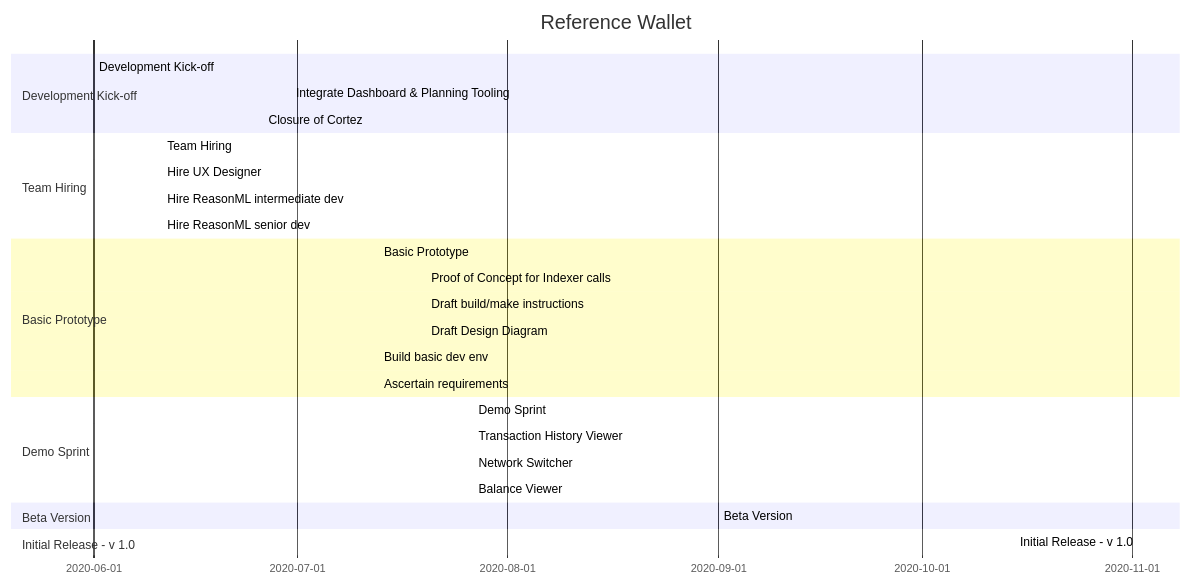
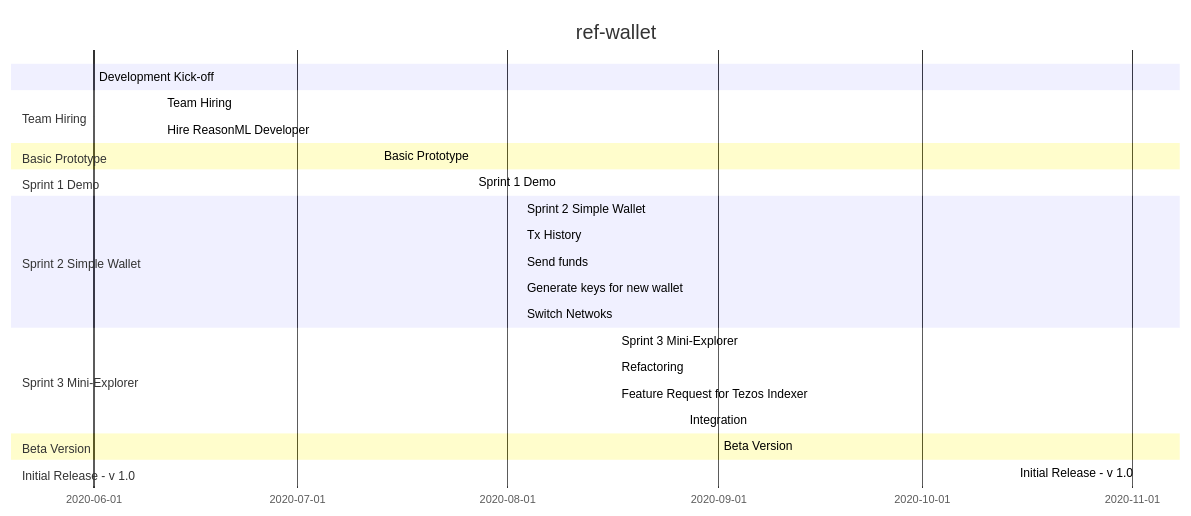
One commit to trilitech/umami-v1 changed the diagram in reports/gantt.md. Above: the diagram before and after it, drawn with Mermaid.

````diff
--- a/reports/gantt.md
+++ b/reports/gantt.md
@@ -1,29 +1,27 @@
 ```mermaid
 gantt
-    title Reference Wallet
-    section Development Kick-off
+    title ref-wallet
     Development Kick-off                    :done, 2020-06-01, 2020-07-13
-    Integrate Dashboard & Planning Tooling  :done, 2020-06-30, 2020-07-13
-    Closure of Cortez                       :done, 2020-06-26, 2020-07-13
     section Team Hiring
     Team Hiring                             :active, 2020-06-11, 2020-09-30
-    Hire UX Designer                        :active, 2020-06-11, 2020-09-30
-    Hire ReasonML intermediate dev          :active, 2020-06-11, 2020-09-30
-    Hire ReasonML senior dev                :done, 2020-06-11, 2020-07-20
+    Hire ReasonML Developer                 :active, 2020-06-11, 2020-08-31
     section Basic Prototype
-    Basic Prototype                         :active, 2020-07-13, 2020-08-31
-    Proof of Concept for Indexer calls      :done, 2020-07-20, 2020-07-24
-    Draft build/make instructions           :done, 2020-07-20, 2020-07-24
-    Draft Design Diagram                    :done, 2020-07-20, 2020-07-27
-    Build basic dev env                     :done, 2020-07-13, 2020-07-22
-    Ascertain requirements                  :done, 2020-07-13, 2020-07-24
-    section Demo Sprint
-    Demo Sprint                             :active, 2020-07-27, 2020-07-31
-    Transaction History Viewer              :active, 2020-07-27, 2020-07-31
-    Network Switcher                        :active, 2020-07-27, 2020-07-31
-    Balance Viewer                          :active, 2020-07-27, 2020-07-31
+    Basic Prototype                         :done, 2020-07-13, 2020-07-26
+    section Sprint 1 Demo
+    Sprint 1 Demo                           :done, 2020-07-27, 2020-07-31
+    section Sprint 2 Simple Wallet
+    Sprint 2 Simple Wallet                  :active, 2020-08-03, 2020-08-14
+    Tx History                              :done, 2020-08-03, 2020-08-05
+    Send funds                              :done, 2020-08-03, 2020-08-07
+    Generate keys for new wallet            :active, 2020-08-03, 2020-08-14
+    Switch Netwoks                          :active, 2020-08-03, 2020-08-14
+    section Sprint 3 Mini-Explorer
+    Sprint 3 Mini-Explorer                  :active, 2020-08-17, 2020-08-31
+    Refactoring                             :active, 2020-08-17, 2020-08-24
+    Feature Request for Tezos Indexer       :active, 2020-08-17, 2020-08-24
+    Integration                             :active, 2020-08-27, 2020-08-31
     section Beta Version
     Beta Version                            :active, 2020-09-01, 2020-10-30
     section Initial Release - v 1.0
     Initial Release - v 1.0                 :active, 2020-11-02, 2021-01-31
 ```
````
